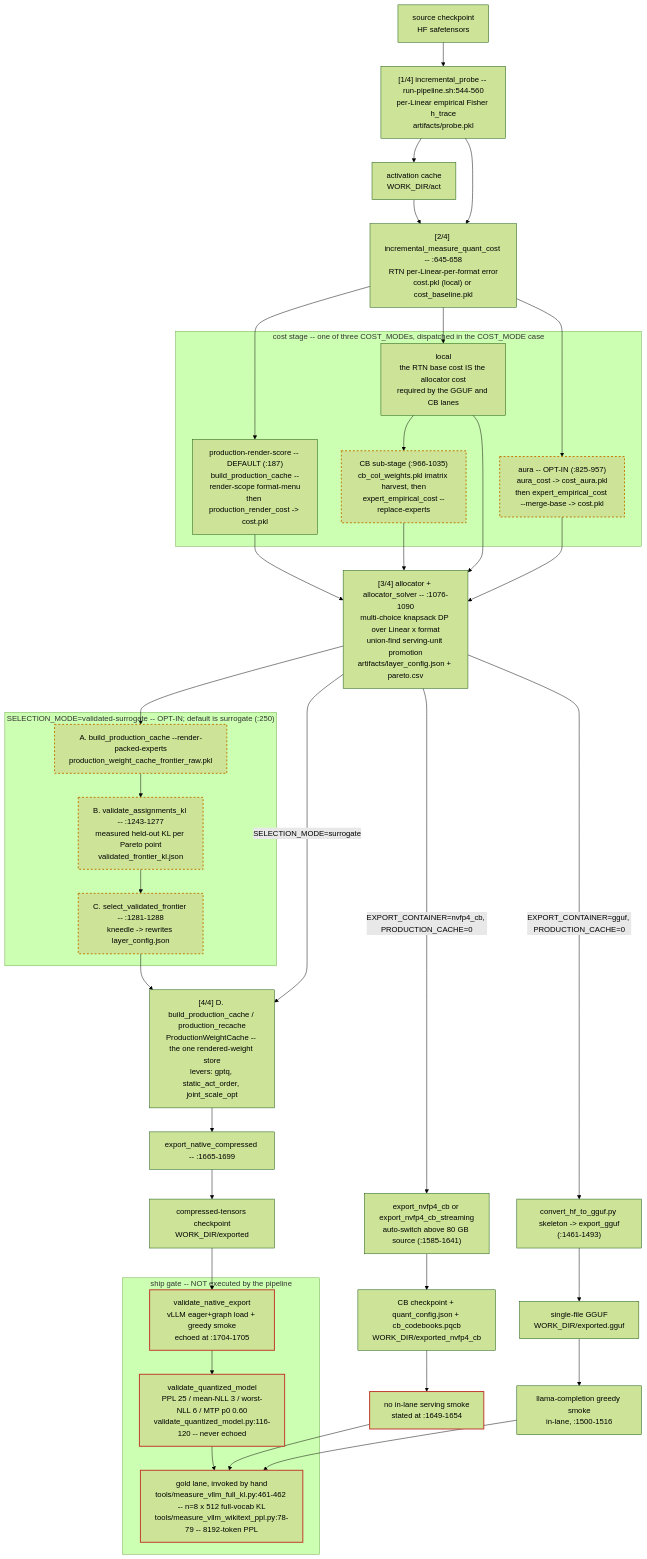
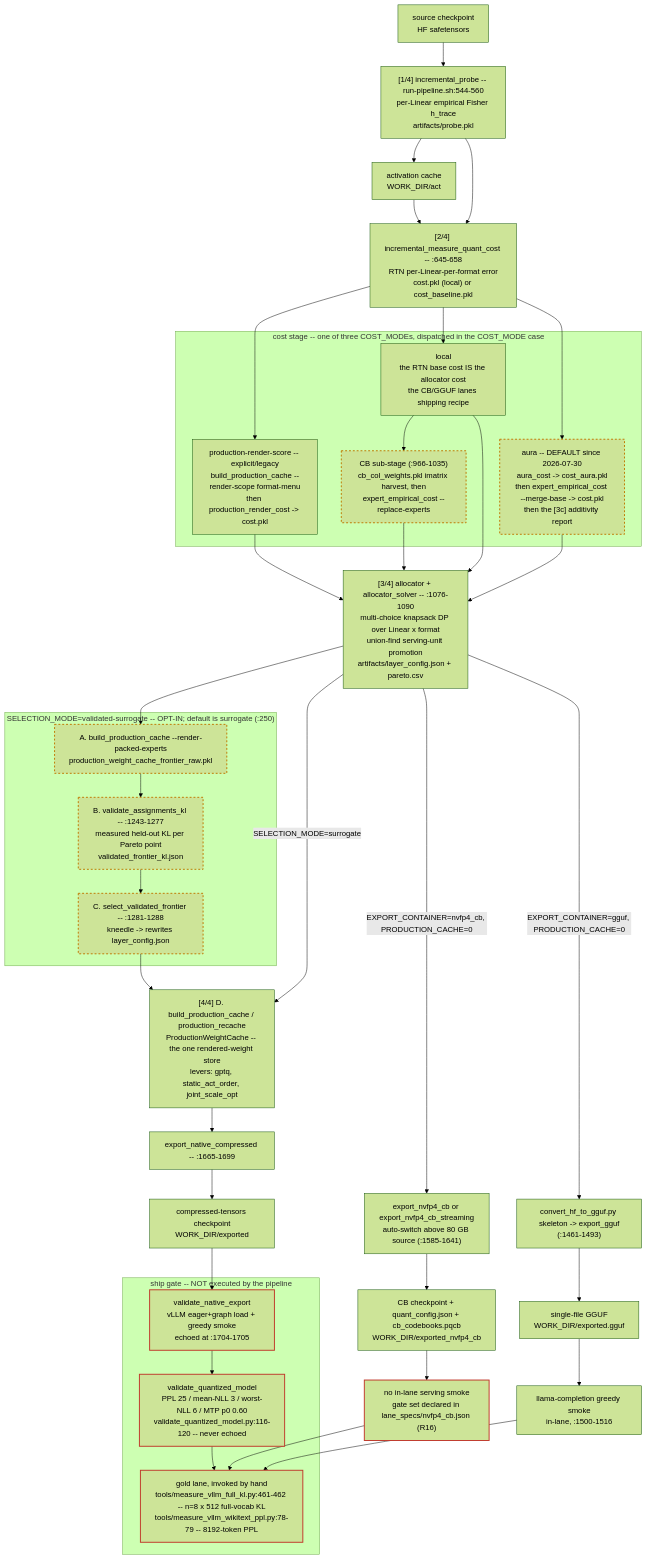
Before and after one commit to JeffreyLatter/prismaquant: the first of 3 diagrams in docs/ARCHITECTURE.md, drawn with Mermaid (forest theme). The commit also changed other lines of this file and 29 other files, not shown here.

```diff
--- a/docs/ARCHITECTURE.md
+++ b/docs/ARCHITECTURE.md
@@ -206,9 +213,9 @@
   ACT --> BASE
 
   subgraph COST["cost stage -- one of three COST_MODEs, dispatched in the COST_MODE case"]
-    PRS["production-render-score -- DEFAULT (:187)<br/>build_production_cache --render-scope format-menu<br/>then production_render_cost -> cost.pkl"]
-    LOC["local<br/>the RTN base cost IS the allocator cost<br/>required by the GGUF and CB lanes"]
-    AUR["aura -- OPT-IN (:825-957)<br/>aura_cost -> cost_aura.pkl<br/>then expert_empirical_cost --merge-base -> cost.pkl"]
+    PRS["production-render-score -- explicit/legacy<br/>build_production_cache --render-scope format-menu<br/>then production_render_cost -> cost.pkl"]
+    LOC["local<br/>the RTN base cost IS the allocator cost<br/>the CB/GGUF lanes shipping recipe"]
+    AUR["aura -- DEFAULT since 2026-07-30<br/>aura_cost -> cost_aura.pkl<br/>then expert_empirical_cost --merge-base -> cost.pkl<br/>then the [3c] additivity report"]
     CBH["CB sub-stage (:966-1035)<br/>cb_col_weights.pkl imatrix harvest, then<br/>expert_empirical_cost --replace-experts"]
   end
 
@@ -256,7 +263,7 @@
   EXPGG --> OUTGG
 
   GGSMOKE["llama-completion greedy smoke<br/>in-lane, :1500-1516"]
-  NOSMOKE["no in-lane serving smoke<br/>stated at :1649-1654"]
+  NOSMOKE["no in-lane serving smoke<br/>gate set declared in lane_specs/nvfp4_cb.json (R16)"]
   OUTGG --> GGSMOKE
   OUTCB --> NOSMOKE
 
```
